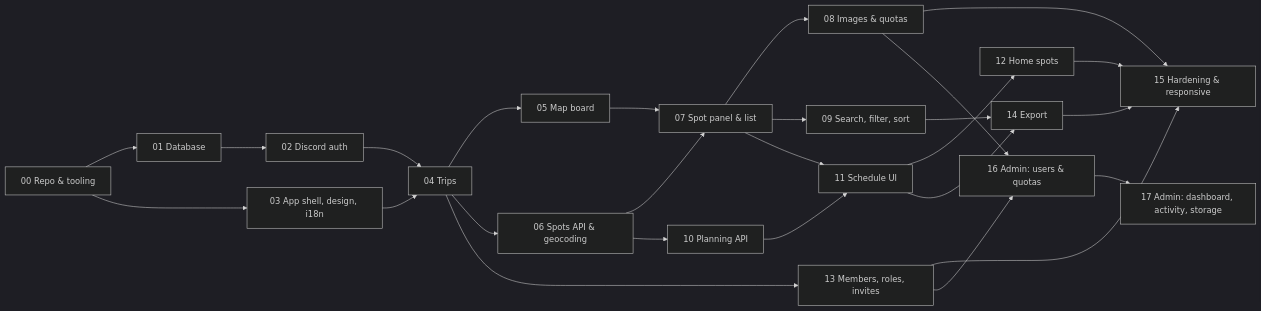
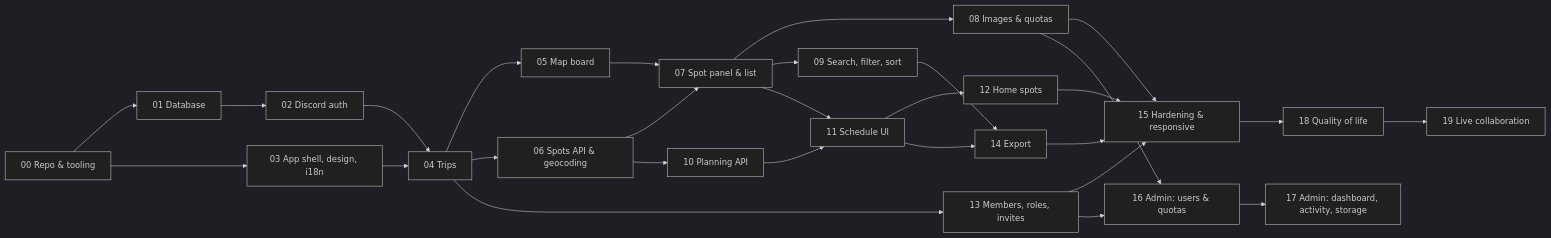
The diagram in requirements/README.md (Oliver122/trip-board), drawn with Mermaid (dark theme) before and after one commit. The commit also changed other lines of this file and 39 other files, not shown here.

````diff
--- a/requirements/README.md
+++ b/requirements/README.md
@@ -11,28 +11,30 @@
 ```mermaid
 flowchart LR
     S00[00 Repo & tooling] --> S01[01 Database]
     S01 --> S02[02 Discord auth]
     S00 --> S03[03 App shell, design, i18n]
     S02 --> S04[04 Trips]
     S03 --> S04
     S04 --> S05[05 Map board]
     S04 --> S06[06 Spots API & geocoding]
     S05 --> S07[07 Spot panel & list]
     S06 --> S07
     S07 --> S08[08 Images & quotas]
     S07 --> S09[09 Search, filter, sort]
     S06 --> S10[10 Planning API]
     S10 --> S11[11 Schedule UI]
     S07 --> S11
     S11 --> S12[12 Home spots]
     S04 --> S13[13 Members, roles, invites]
     S09 --> S14[14 Export]
     S11 --> S14
     S08 --> S15[15 Hardening & responsive]
     S12 --> S15
     S13 --> S15
     S14 --> S15
     S08 --> S16[16 Admin: users & quotas]
     S13 --> S16
     S16 --> S17[17 Admin: dashboard, activity, storage]
+    S15 --> S18[18 Quality of life]
+    S18 --> S19[19 Live collaboration]
 ```
````
